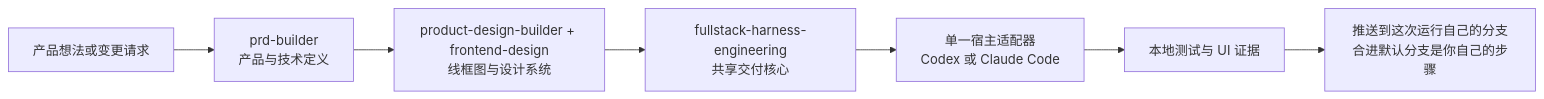
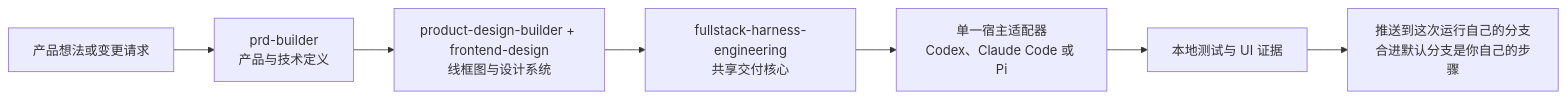
Before and after one commit to Phlegonlabs/product-delivery-harness: the first of 2 diagrams in README.zh-CN.md, drawn with Mermaid. The commit also changed other lines of this file and 66 other files, not shown here.

````diff
--- a/README.zh-CN.md
+++ b/README.zh-CN.md
@@ -67,9 +68,9 @@
 ```mermaid
 flowchart LR
   Idea["产品想法或变更请求"] --> PRD["prd-builder\n产品与技术定义"]
   PRD --> Design["product-design-builder + frontend-design\n线框图与设计系统"]
   Design --> Harness["fullstack-harness-engineering\n共享交付核心"]
-  Harness --> Runtime["单一宿主适配器\nCodex 或 Claude Code"]
+  Harness --> Runtime["单一宿主适配器\nCodex、Claude Code 或 Pi"]
   Runtime --> Evidence["本地测试与 UI 证据"]
   Evidence --> Push["推送到这次运行自己的分支\n合进默认分支是你自己的步骤"]
 ```
````
